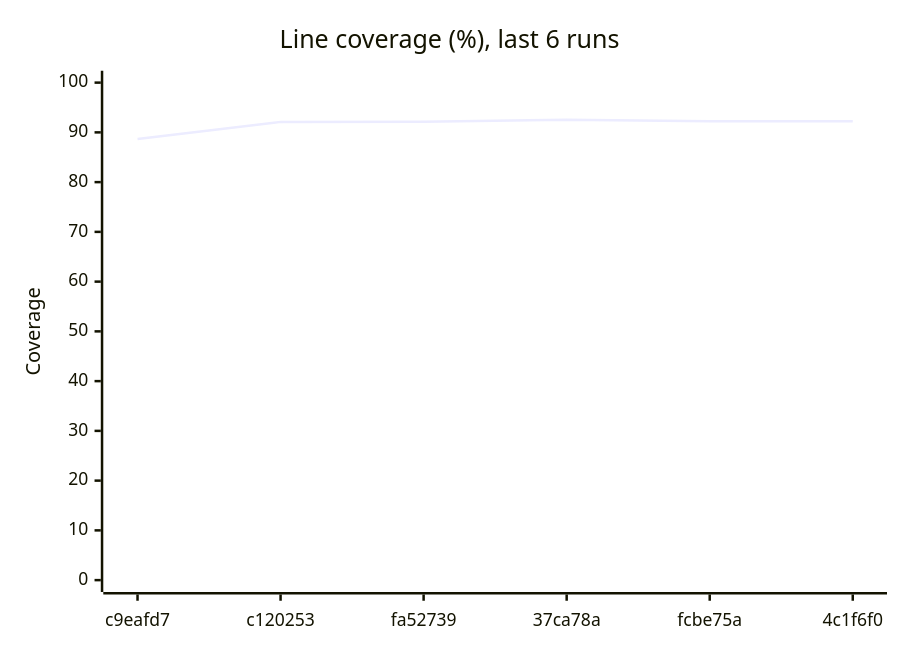
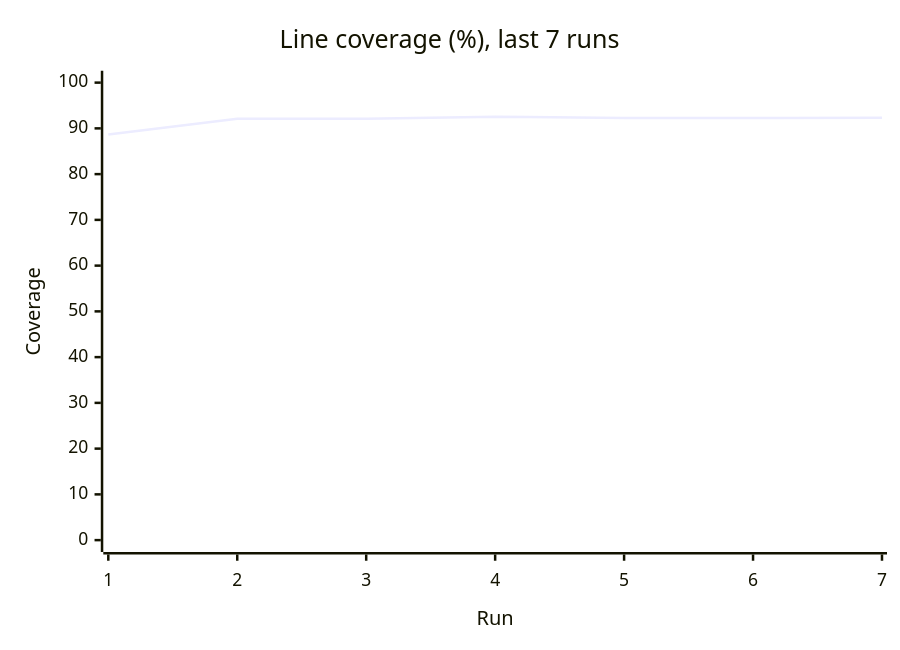
The third of 3 diagrams in reports/summary.md (Shirojoufu/Flaky-Tests), drawn with Mermaid before and after one commit. The commit also changed other lines of this file and 6 other files, not shown here.

````diff
--- a/reports/summary.md
+++ b/reports/summary.md
@@ -33,7 +33,7 @@
 ```mermaid
 xychart-beta
-    title "Line coverage (%), last 6 runs"
-    x-axis ["c9eafd7", "c120253", "fa52739", "37ca78a", "fcbe75a", "4c1f6f0"]
+    title "Line coverage (%), last 7 runs"
+    x-axis "Run" [1, 2, 3, 4, 5, 6, 7]
     y-axis "Coverage" 0 --> 100
-    line [88.65, 92.11, 92.13, 92.54, 92.26, 92.26]
+    line [88.65, 92.11, 92.13, 92.54, 92.26, 92.26, 92.3]
 ```
````
